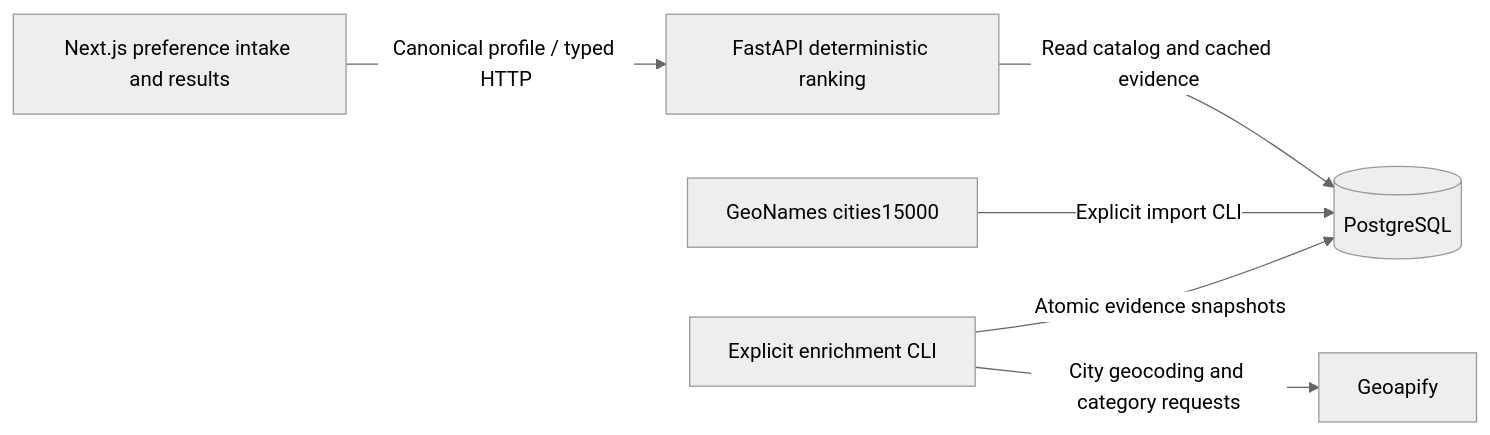
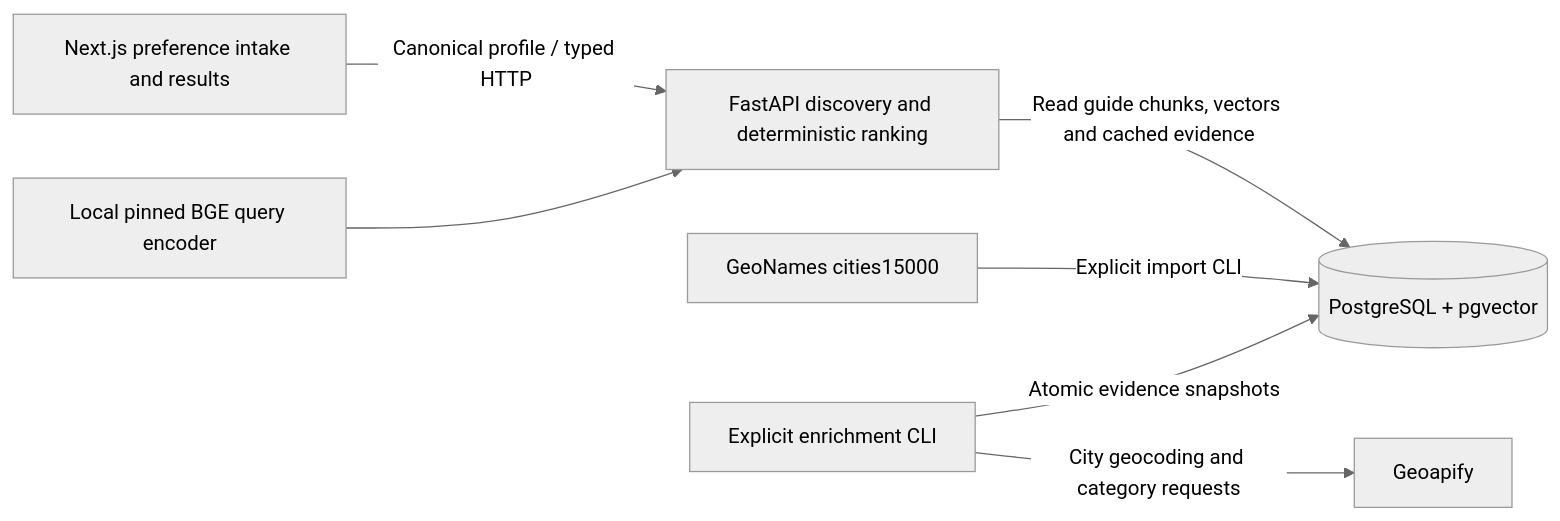
Before and after one commit to shivakhoshhal94/Roamline: the diagram in README.md, drawn with Mermaid (neutral theme). The commit also changed other lines of this file and 26 other files, not shown here.

````diff
--- a/README.md
+++ b/README.md
@@ -37,8 +38,9 @@
 ```mermaid
 flowchart LR
-    Web[Next.js preference intake and results] -->|Canonical profile / typed HTTP| API[FastAPI deterministic ranking]
-    API -->|Read catalog and cached evidence| DB[(PostgreSQL)]
+    Web[Next.js preference intake and results] -->|Canonical profile / typed HTTP| API[FastAPI discovery and deterministic ranking]
+    API -->|Read guide chunks, vectors and cached evidence| DB[(PostgreSQL + pgvector)]
+    BGE[Local pinned BGE query encoder] --> API
     GeoNames[GeoNames cities15000] -->|Explicit import CLI| DB
     CLI[Explicit enrichment CLI] -->|City geocoding and category requests| Geoapify[Geoapify]
     CLI -->|Atomic evidence snapshots| DB
 ```
````
